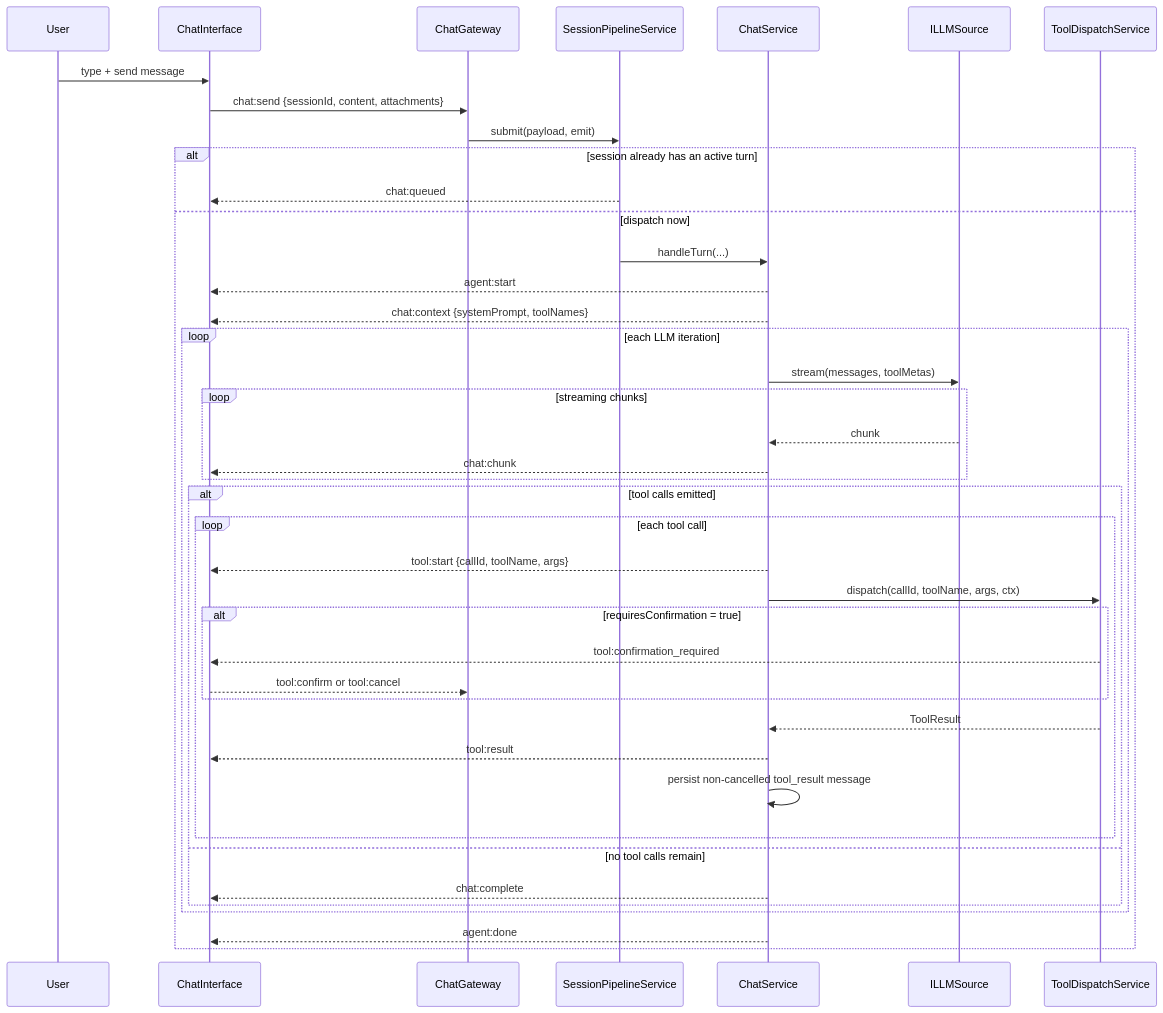
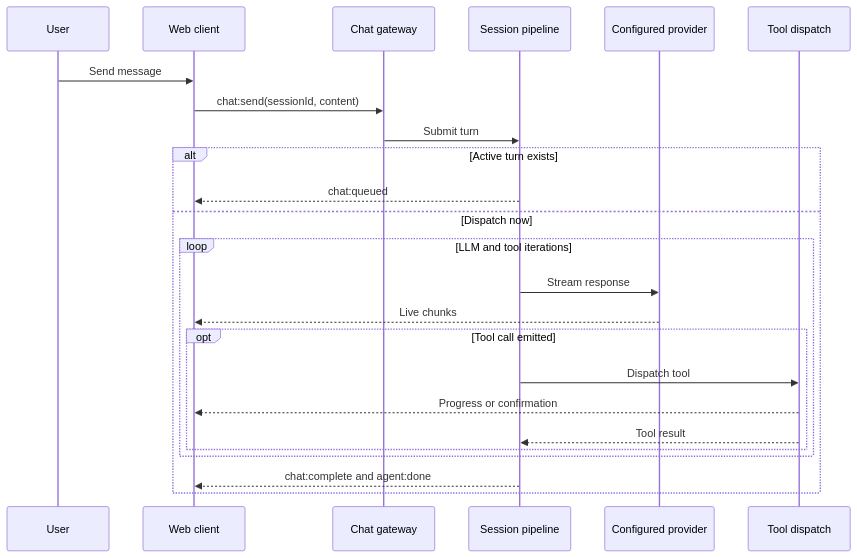
Before and after one commit to Radomiej/kalio-forever: the second of 2 diagrams in README.md, drawn with Mermaid. The commit also changed other lines of this file, not shown here.

````diff
--- a/README.md
+++ b/README.md
@@ -170,50 +180,28 @@
-```mermaid
+~~~mermaid
 sequenceDiagram
   participant U as User
-  participant FE as ChatInterface
-  participant GW as ChatGateway
-  participant P as SessionPipelineService
-  participant CS as ChatService
-  participant LLM as ILLMSource
-  participant TD as ToolDispatchService
+  participant FE as Web client
+  participant GW as Chat gateway
+  participant P as Session pipeline
+  participant LLM as Configured provider
+  participant T as Tool dispatch
 
-  U->>FE: type + send message
-  FE->>GW: chat:send {sessionId, content, attachments}
-  GW->>P: submit(payload, emit)
+  U->>FE: Send message
+  FE->>GW: chat:send(sessionId, content)
+  GW->>P: Submit turn
 
-  alt session already has an active turn
+  alt Active turn exists
     P-->>FE: chat:queued
-  else dispatch now
-    P->>CS: handleTurn(...)
-    CS-->>FE: agent:start
-    CS-->>FE: chat:context {systemPrompt, toolNames}
-
-    loop each LLM iteration
-      CS->>LLM: stream(messages, toolMetas)
-      loop streaming chunks
-        LLM-->>CS: chunk
-        CS-->>FE: chat:chunk
-      end
-
-      alt tool calls emitted
-        loop each tool call
-          CS-->>FE: tool:start {callId, toolName, args}
-          CS->>TD: dispatch(callId, toolName, args, ctx)
-
-          alt requiresConfirmation = true
-            TD-->>FE: tool:confirmation_required
-            FE-->>GW: tool:confirm or tool:cancel
-          end
-
-          TD-->>CS: ToolResult
-          CS-->>FE: tool:result
-          CS->>CS: persist non-cancelled tool_result message
-        end
-      else no tool calls remain
-        CS-->>FE: chat:complete
+  else Dispatch now
+    loop LLM and tool iterations
+      P->>LLM: Stream response
+      LLM-->>FE: Live chunks
+      opt Tool call emitted
+        P->>T: Dispatch tool
+        T-->>FE: Progress or confirmation
+        T-->>P: Tool result
       end
     end
-
-    CS-->>FE: agent:done
+    P-->>FE: chat:complete and agent:done
   end
-```
+~~~
````
